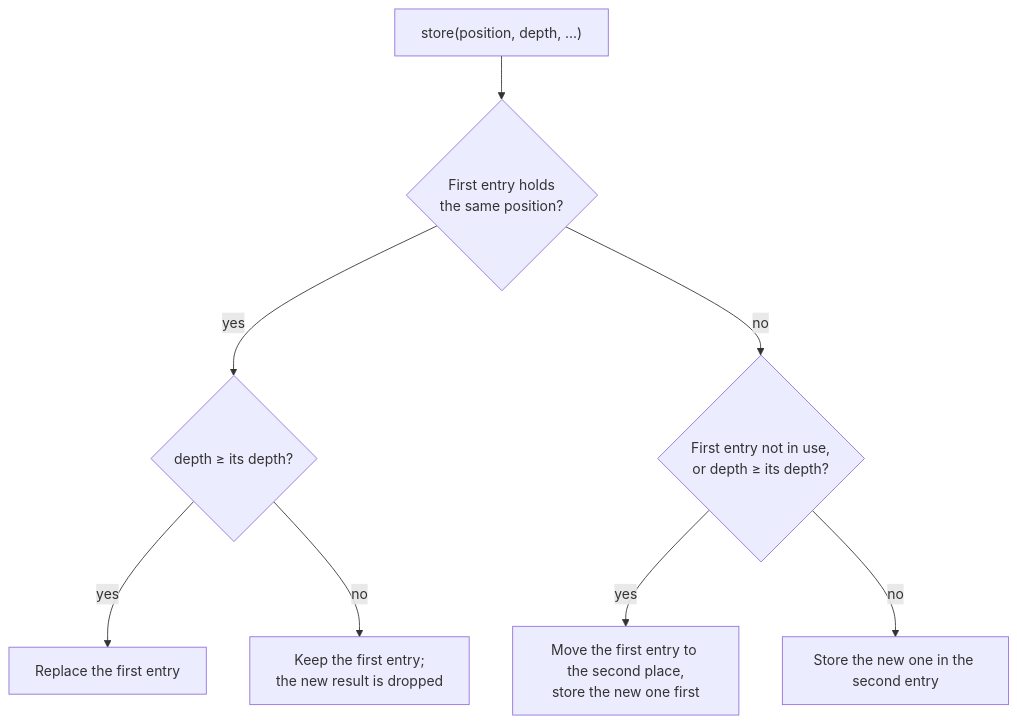
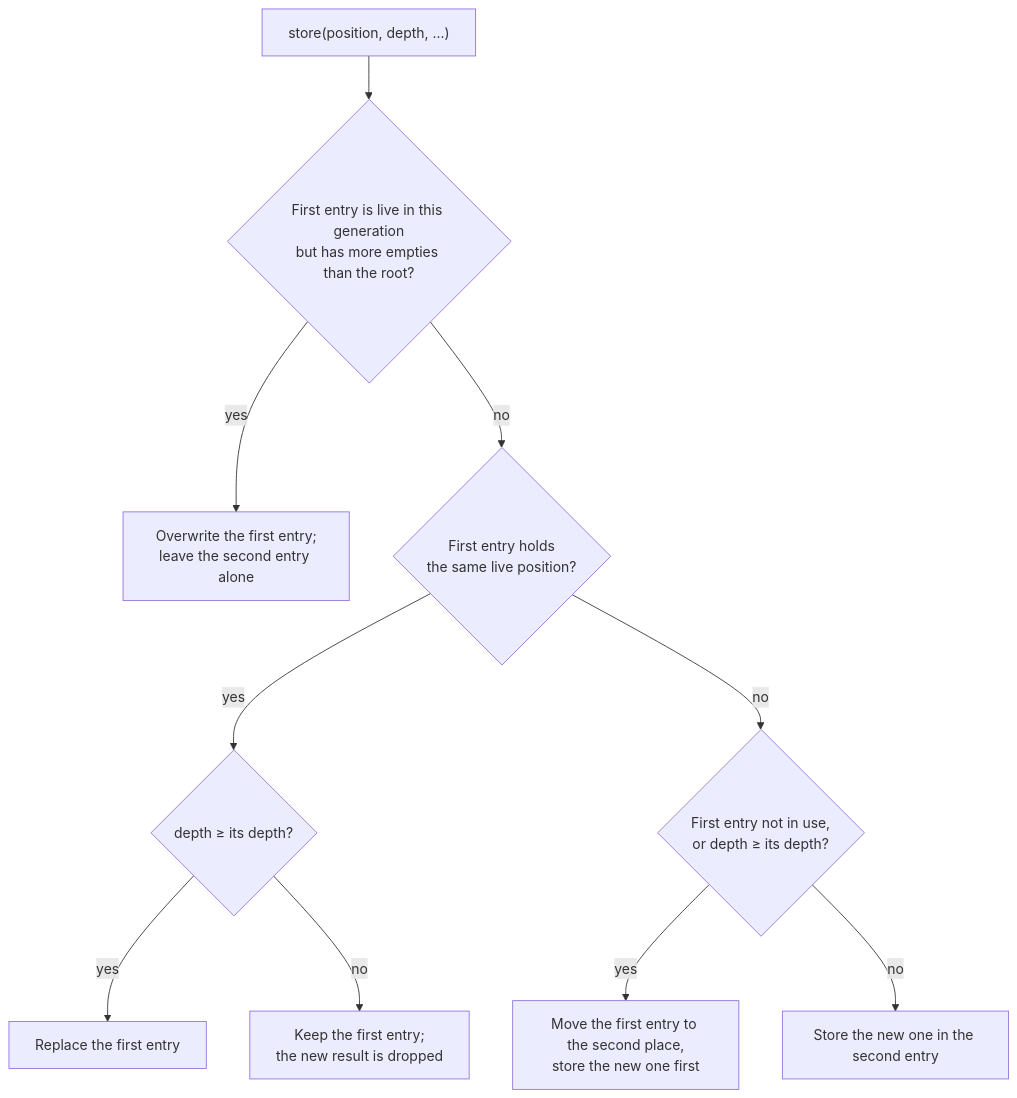
Before and after one commit to cjp-dev/Stello: the first of 3 diagrams in docs/07-transposition-table.md, drawn with Mermaid. The commit also changed other lines of this file and 17 other files, not shown here.

````diff
--- a/docs/07-transposition-table.md
+++ b/docs/07-transposition-table.md
@@ -102,10 +102,12 @@
 ```mermaid
 flowchart TD
-    S["store(position, depth, ...)"] --> Same{"First entry holds<br/>the same position?"}
+    S["store(position, depth, ...)"] --> Stale{"First entry is live in this generation<br/>but has more empties than the root?"}
+    Stale -- "yes" --> Reclaim["Overwrite the first entry;<br/>leave the second entry alone"]
+    Stale -- "no" --> Same{"First entry holds<br/>the same live position?"}
     Same -- "yes" --> Deeper{"depth ≥ its depth?"}
     Deeper -- "yes" --> Replace["Replace the first entry"]
     Deeper -- "no" --> Keep["Keep the first entry;<br/>the new result is dropped"]
     Same -- "no" --> Empty{"First entry not in use,<br/>or depth ≥ its depth?"}
     Empty -- "yes" --> Move["Move the first entry to the second place,<br/>store the new one first"]
     Empty -- "no" --> Second["Store the new one in the second entry"]
 ```
````
